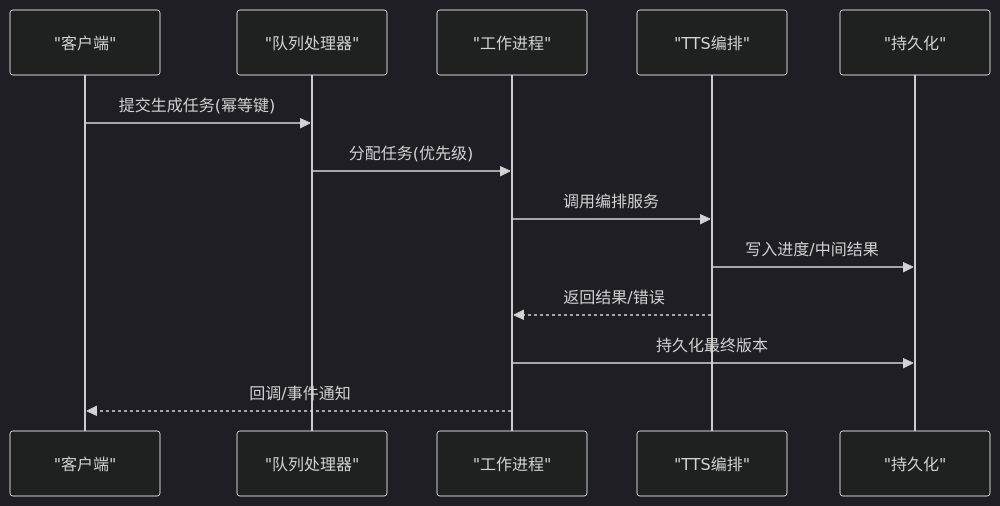
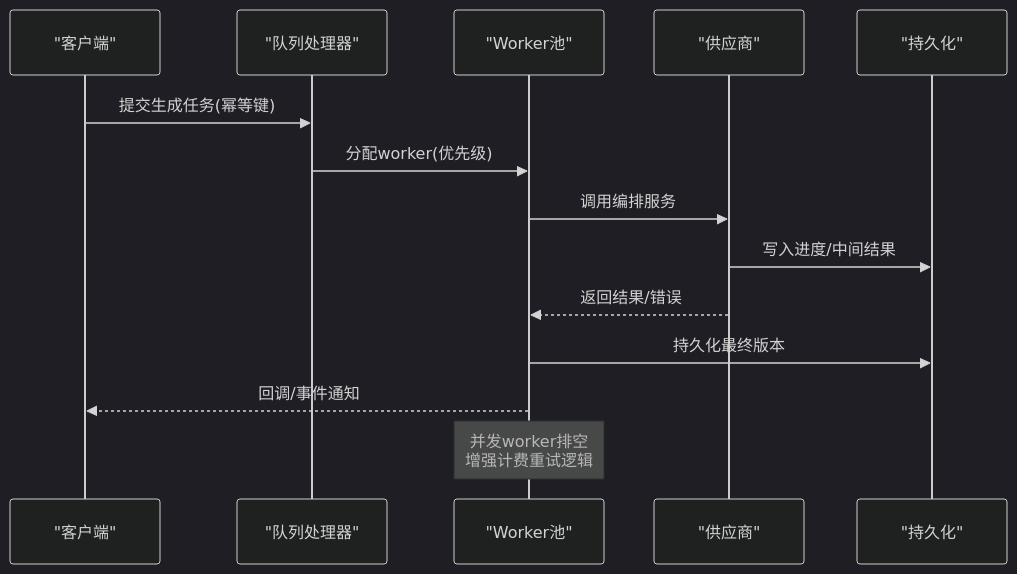
The sixth of 10 diagrams in .qoder/repowiki/zh/content/音频处理/旁白管理.md (scottcwy/PurpleInk), drawn with Mermaid (dark theme) before and after one commit. The commit also changed other lines of this file and 30 other files, not shown here.

````diff
--- a/.qoder/repowiki/zh/content/音频处理/旁白管理.md
+++ b/.qoder/repowiki/zh/content/音频处理/旁白管理.md
@@ -272,15 +282,16 @@
 ```mermaid
 sequenceDiagram
 participant Client as "客户端"
 participant Queue as "队列处理器"
-participant Worker as "工作进程"
-participant TTS as "TTS编排"
+participant WorkerPool as "Worker池"
+participant Supplier as "供应商"
 participant Store as "持久化"
 Client->>Queue : 提交生成任务(幂等键)
-Queue->>Worker : 分配任务(优先级)
-Worker->>TTS : 调用编排服务
-TTS->>Store : 写入进度/中间结果
-TTS-->>Worker : 返回结果/错误
-Worker->>Store : 持久化最终版本
-Worker-->>Client : 回调/事件通知
+Queue->>WorkerPool : 分配worker(优先级)
+WorkerPool->>Supplier : 调用编排服务
+Supplier->>Store : 写入进度/中间结果
+Supplier-->>WorkerPool : 返回结果/错误
+WorkerPool->>Store : 持久化最终版本
+WorkerPool-->>Client : 回调/事件通知
+Note over WorkerPool : 并发worker排空<br/>增强计费重试逻辑
 ```
````
